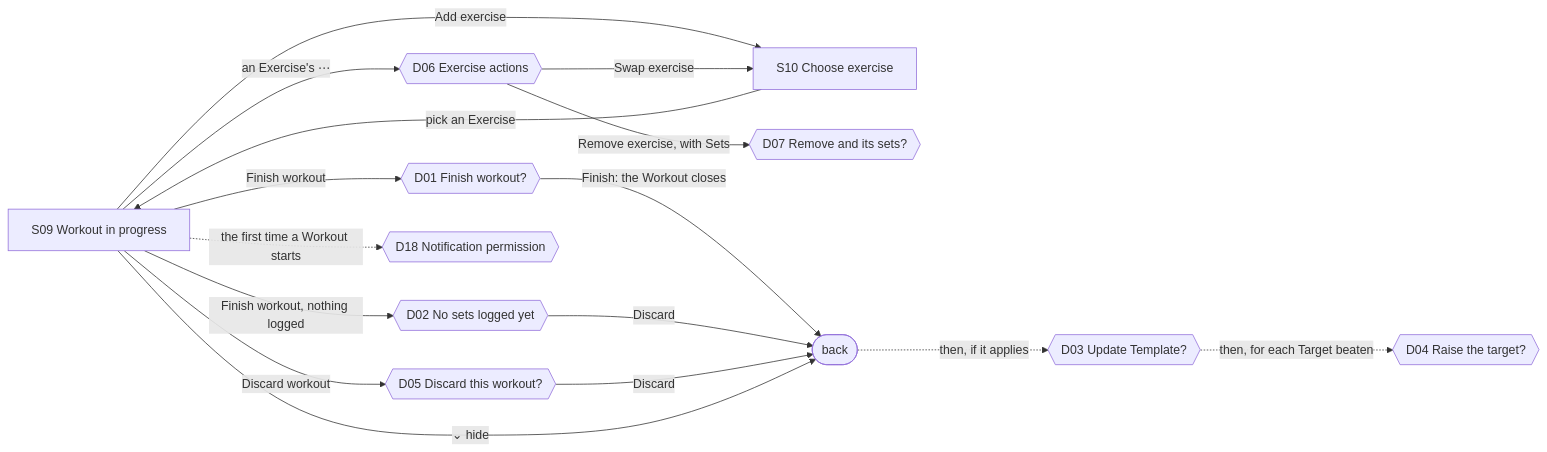
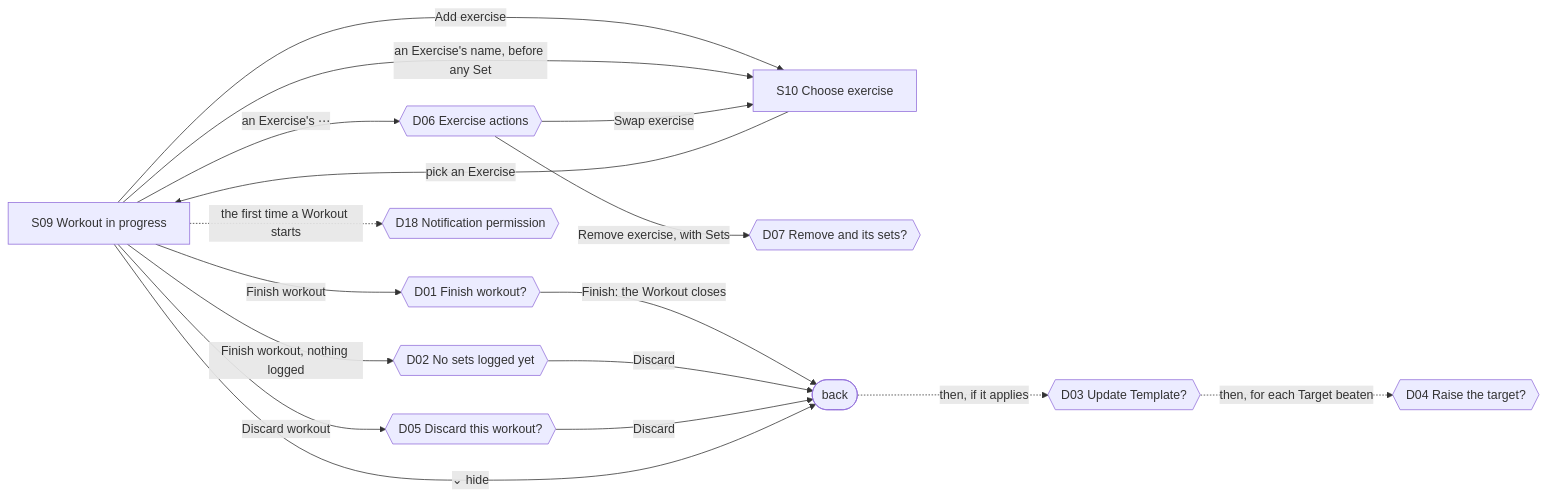
The third of 9 diagrams in docs/user-flows.md (kwanlokto/greater-than-zero), drawn with Mermaid before and after one commit. The commit also changed other lines of this file, not shown here.

Commit message:
Show tapping an Exercise's name in the flow map
Since #35, an Exercise's name opens the chooser (S10) to swap it while no Set is logged, from both the Workout in progress (S09) and a Past Workout (S11).

````diff
--- a/docs/user-flows.md
+++ b/docs/user-flows.md
@@ -122,18 +122,19 @@
 ```mermaid
 flowchart LR
   S09["S09 Workout in progress"] -->|Add exercise| S10["S10 Choose exercise"]
+  S09 -->|an Exercise's name, before any Set| S10
   S09 -->|an Exercise's ⋯| D06{{"D06 Exercise actions"}}
   D06 -->|Swap exercise| S10
   D06 -->|Remove exercise, with Sets| D07{{"D07 Remove and its sets?"}}
   S10 -->|pick an Exercise| S09
   S09 -->|Finish workout| D01{{"D01 Finish workout?"}}
   S09 -->|Finish workout, nothing logged| D02{{"D02 No sets logged yet"}}
   S09 -->|Discard workout| D05{{"D05 Discard this workout?"}}
   D01 -->|Finish: the Workout closes| back(["back"])
   back -.->|then, if it applies| D03{{"D03 Update Template?"}}
   D03 -.->|then, for each Target beaten| D04{{"D04 Raise the target?"}}
   D02 -->|Discard| back
   D05 -->|Discard| back
   S09 -->|⌄ hide| back
   S09 -.->|the first time a Workout starts| D18{{"D18 Notification permission"}}
 ```
````
